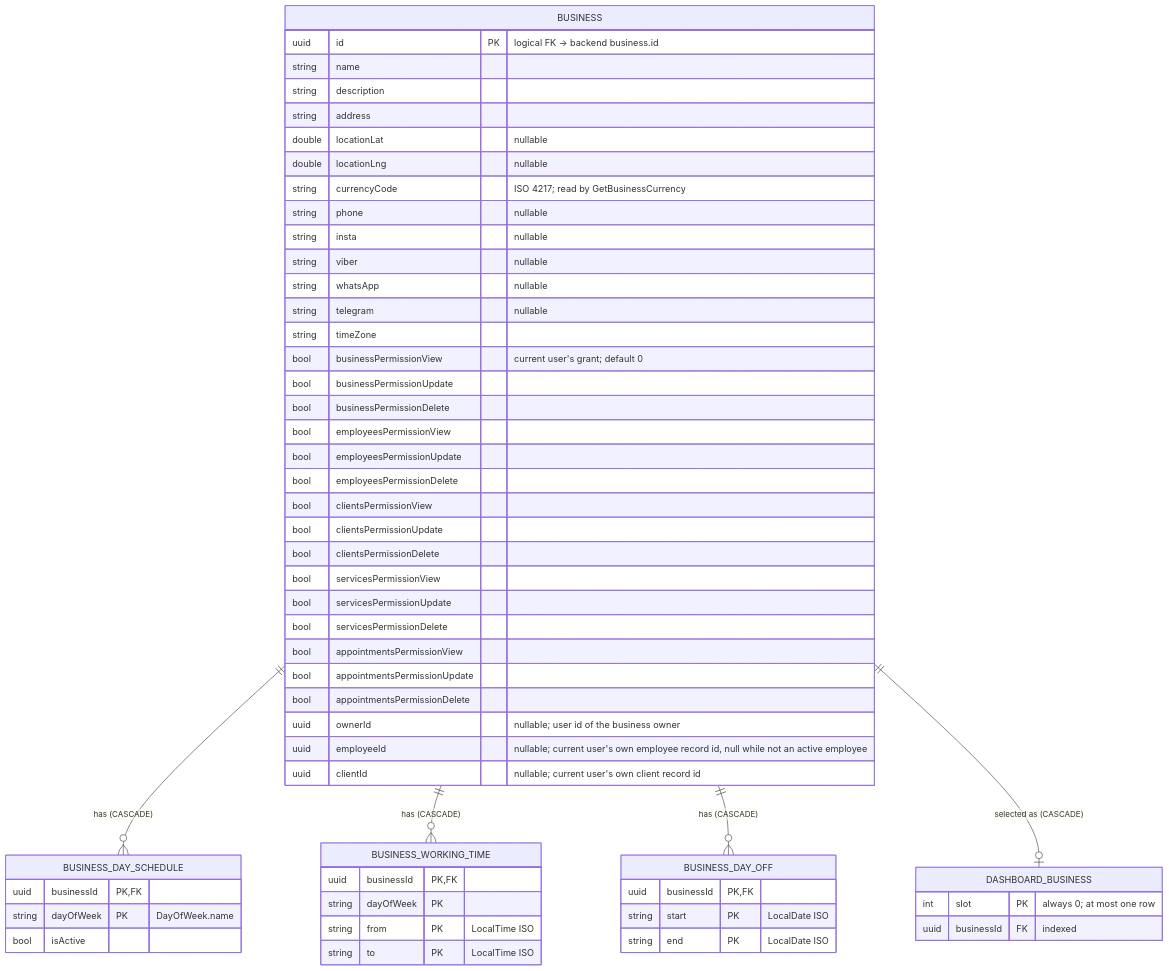
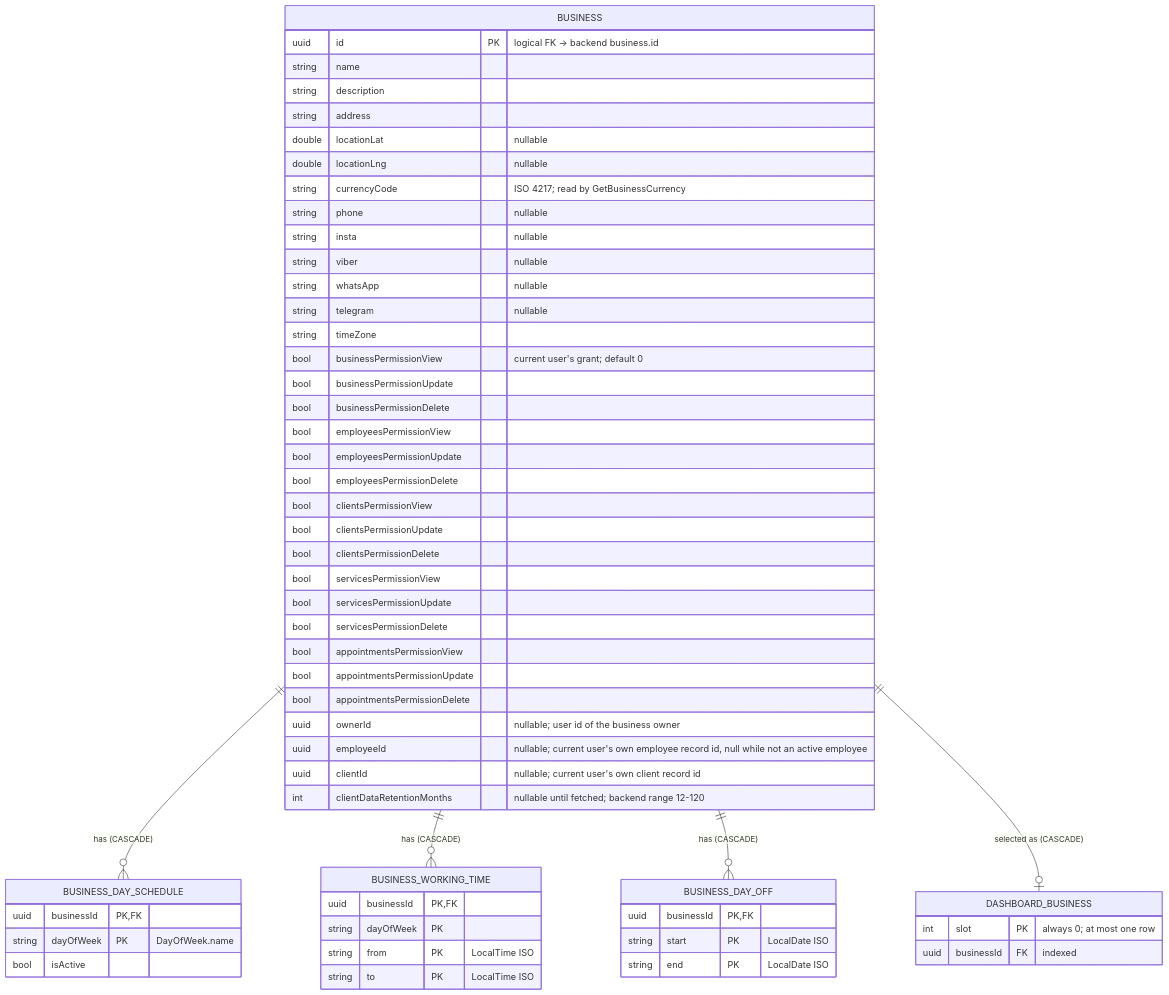
Before and after one commit to nocturneproperties/bookkme-client: the diagram in docs/database/business.md, drawn with Mermaid. The commit also changed other lines of this file and 223 other files, not shown here.

````diff
--- a/docs/database/business.md
+++ b/docs/database/business.md
@@ -14,65 +14,66 @@
 ```mermaid
 erDiagram
     BUSINESS ||--o{ BUSINESS_DAY_SCHEDULE : "has (CASCADE)"
     BUSINESS ||--o{ BUSINESS_WORKING_TIME : "has (CASCADE)"
     BUSINESS ||--o{ BUSINESS_DAY_OFF : "has (CASCADE)"
     BUSINESS ||--o| DASHBOARD_BUSINESS : "selected as (CASCADE)"
 
     BUSINESS {
         uuid id PK "logical FK -> backend business.id"
         string name
         string description
         string address
         double locationLat "nullable"
         double locationLng "nullable"
         string currencyCode "ISO 4217; read by GetBusinessCurrency"
         string phone "nullable"
         string insta "nullable"
         string viber "nullable"
         string whatsApp "nullable"
         string telegram "nullable"
         string timeZone
         bool businessPermissionView "current user's grant; default 0"
         bool businessPermissionUpdate
         bool businessPermissionDelete
         bool employeesPermissionView
         bool employeesPermissionUpdate
         bool employeesPermissionDelete
         bool clientsPermissionView
         bool clientsPermissionUpdate
         bool clientsPermissionDelete
         bool servicesPermissionView
         bool servicesPermissionUpdate
         bool servicesPermissionDelete
         bool appointmentsPermissionView
         bool appointmentsPermissionUpdate
         bool appointmentsPermissionDelete
         uuid ownerId "nullable; user id of the business owner"
         uuid employeeId "nullable; current user's own employee record id, null while not an active employee"
         uuid clientId "nullable; current user's own client record id"
+        int clientDataRetentionMonths "nullable until fetched; backend range 12-120"
     }
 
     BUSINESS_DAY_SCHEDULE {
         uuid businessId PK,FK
         string dayOfWeek PK "DayOfWeek.name"
         bool isActive
     }
 
     BUSINESS_WORKING_TIME {
         uuid businessId PK,FK
         string dayOfWeek PK
         string from PK "LocalTime ISO"
         string to PK "LocalTime ISO"
     }
 
     BUSINESS_DAY_OFF {
         uuid businessId PK,FK
         string start PK "LocalDate ISO"
         string end PK "LocalDate ISO"
     }
 
     DASHBOARD_BUSINESS {
         int slot PK "always 0; at most one row"
         uuid businessId FK "indexed"
     }
 ```
````
